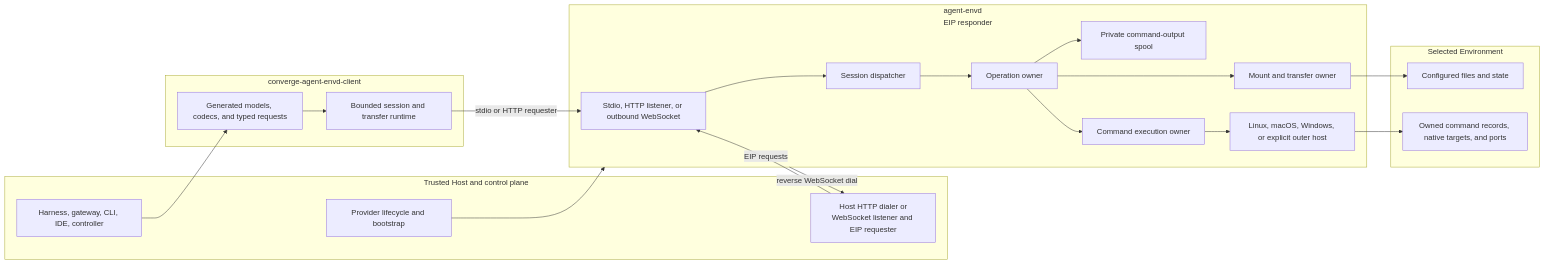
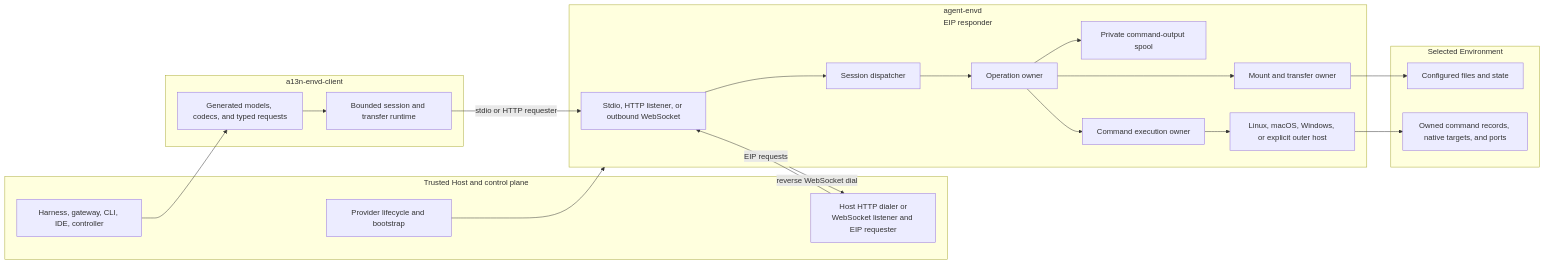
One commit to LTThreeComma/agent-foundation changed the first of 2 diagrams in spec/agent-envd/00-overview.md. Above: the diagram before and after it, drawn with Mermaid. The commit also changed 563 other files, not shown here.

````diff
--- a/spec/agent-envd/00-overview.md
+++ b/spec/agent-envd/00-overview.md
@@ -15,38 +15,38 @@
 ```mermaid
 flowchart LR
     subgraph Host[Trusted Host and control plane]
         Provider[Provider lifecycle and bootstrap]
         Consumers[Harness, gateway, CLI, IDE, controller]
         Control[Host HTTP dialer or<br/>WebSocket listener and EIP requester]
     end
 
-    subgraph Client[converge-agent-envd-client]
+    subgraph Client[a13n-envd-client]
         Generated[Generated models, codecs, and typed requests]
         Runtime[Bounded session and transfer runtime]
     end
 
     subgraph Envd[agent-envd<br/>EIP responder]
         Connector[Stdio, HTTP listener, or outbound WebSocket]
         Session[Session dispatcher]
         Operations[Operation owner]
         Resources[Mount and transfer owner]
         Output[Private command-output spool]
         Execution[Command execution owner]
         Isolation[Linux, macOS, Windows, or explicit outer host]
     end
 
     subgraph Native[Selected Environment]
         Files[Configured files and state]
         Processes[Owned command records, native targets, and ports]
     end
 
     Provider --> Envd
     Consumers --> Generated --> Runtime
     Runtime -->|stdio or HTTP requester| Connector
     Envd -->|reverse WebSocket dial| Control
     Control -->|EIP requests| Connector
     Connector --> Session --> Operations
     Operations --> Resources & Output & Execution
     Resources --> Files
     Execution --> Isolation --> Processes
 ```
````
